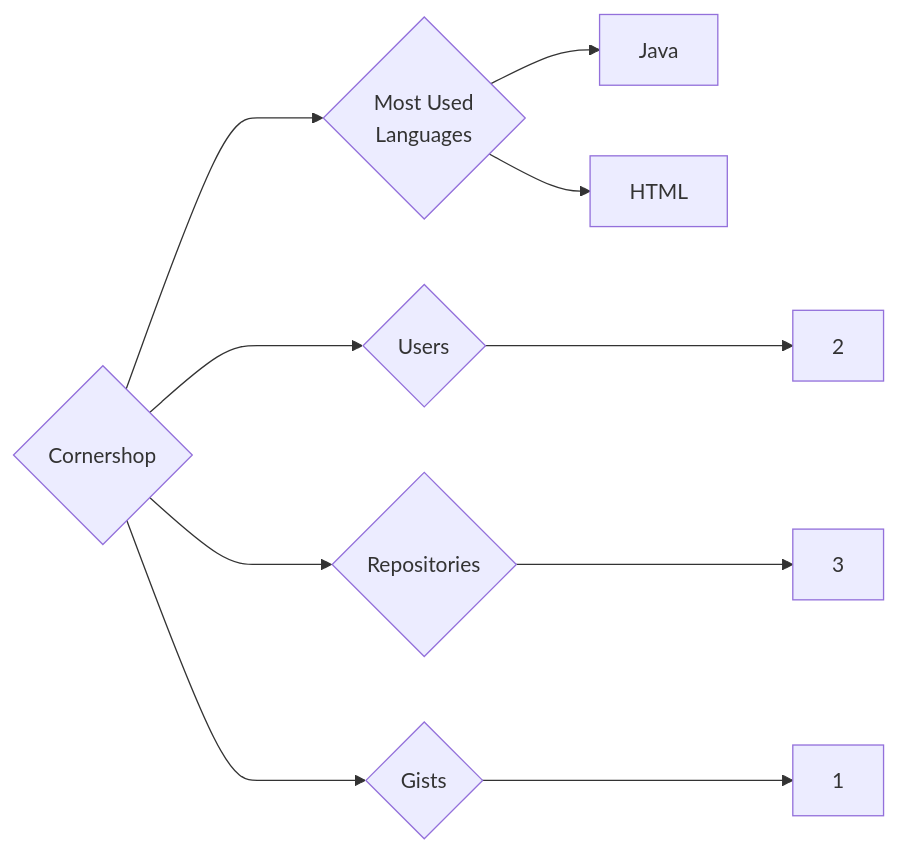
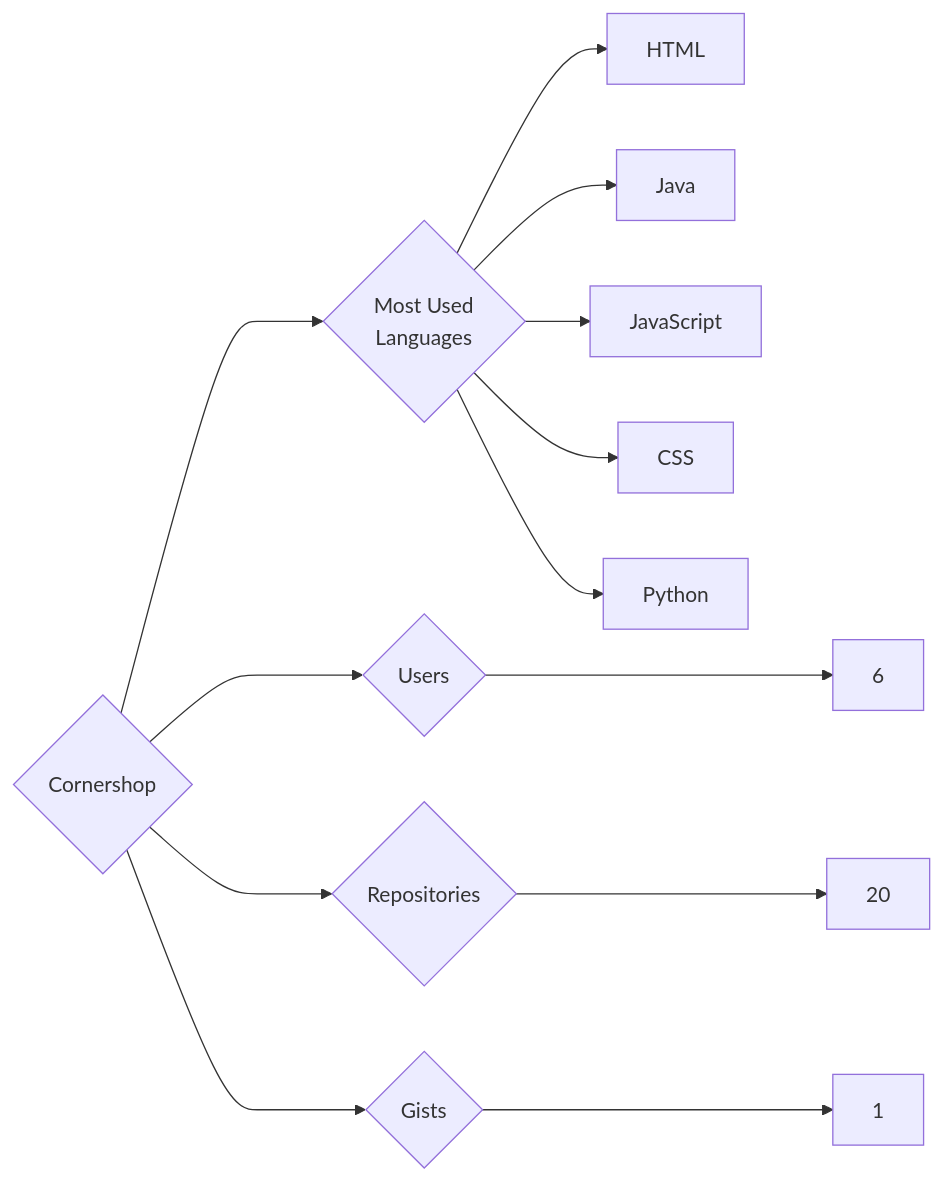
One commit to trickest/insiders changed the diagram in targets/Cornershop/README.md. Above: the diagram before and after it, drawn with Mermaid. The commit also changed 880 other files, not shown here.

````diff
--- a/targets/Cornershop/README.md
+++ b/targets/Cornershop/README.md
@@ -3,10 +3,13 @@
 ```mermaid
 graph LR
 COMPANY_NAME{Cornershop}
-COMPANY_NAME ---> U{Users} ---> UN[2]
-COMPANY_NAME ---> R{Repositories} ---> RN[3]
+COMPANY_NAME ---> U{Users} ---> UN[6]
+COMPANY_NAME ---> R{Repositories} ---> RN[20]
 COMPANY_NAME ---> G{Gists} ---> GN[1]
 COMPANY_NAME ---> ML{Most Used<br>Languages}
+ML --> HTML[HTML]
 ML --> Java[Java]
-ML --> HTML[HTML]
+ML --> JavaScript[JavaScript]
+ML --> CSS[CSS]
+ML --> Python[Python]
 ```
````
